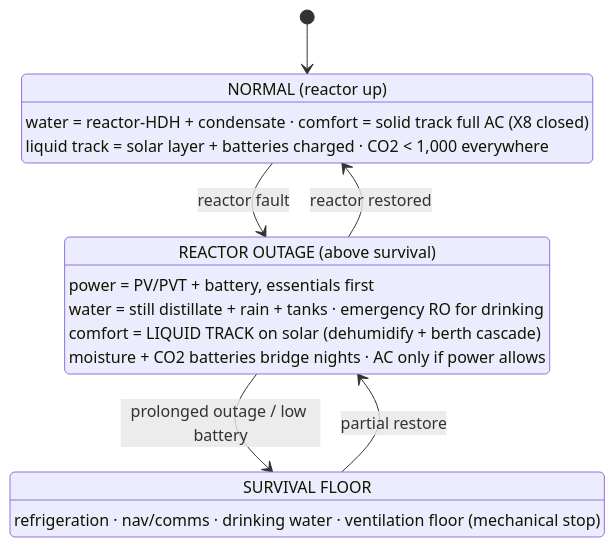
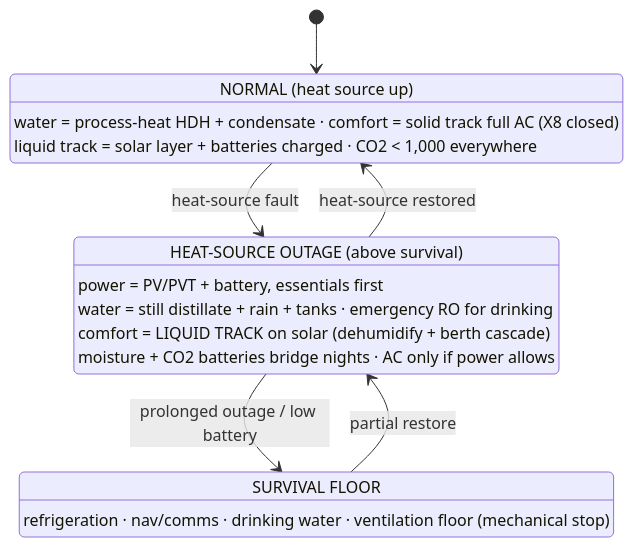
One commit to phicyclist/slice-cooling changed the diagram in scripts/mermaid-render/mmd_wide/30_integration_energy_water_03.mmd. Above: the diagram before and after it, drawn with Mermaid. The commit also changed 26 other files, not shown here.

```diff
--- a/scripts/mermaid-render/mmd_wide/30_integration_energy_water_03.mmd
+++ b/scripts/mermaid-render/mmd_wide/30_integration_energy_water_03.mmd
@@ -1,16 +1,16 @@
 stateDiagram-v2
     [*] --> Normal
-    Normal: NORMAL (reactor up)
-    Normal: water = reactor-HDH + condensate · comfort = solid track full AC (X8 closed)
+    Normal: NORMAL (heat source up)
+    Normal: water = process-heat HDH + condensate · comfort = solid track full AC (X8 closed)
     Normal: liquid track = solar layer + batteries charged · CO2 < 1,000 everywhere
-    Degraded: REACTOR OUTAGE (above survival)
+    Degraded: HEAT-SOURCE OUTAGE (above survival)
     Degraded: power = PV/PVT + battery, essentials first
     Degraded: water = still distillate + rain + tanks · emergency RO for drinking
     Degraded: comfort = LIQUID TRACK on solar (dehumidify + berth cascade)
     Degraded: moisture + CO2 batteries bridge nights · AC only if power allows
     Survival: SURVIVAL FLOOR
     Survival: refrigeration · nav/comms · drinking water · ventilation floor (mechanical stop)
-    Normal --> Degraded: reactor fault
-    Degraded --> Normal: reactor restored
+    Normal --> Degraded: heat-source fault
+    Degraded --> Normal: heat-source restored
     Degraded --> Survival: prolonged outage / low battery
     Survival --> Degraded: partial restore
```
